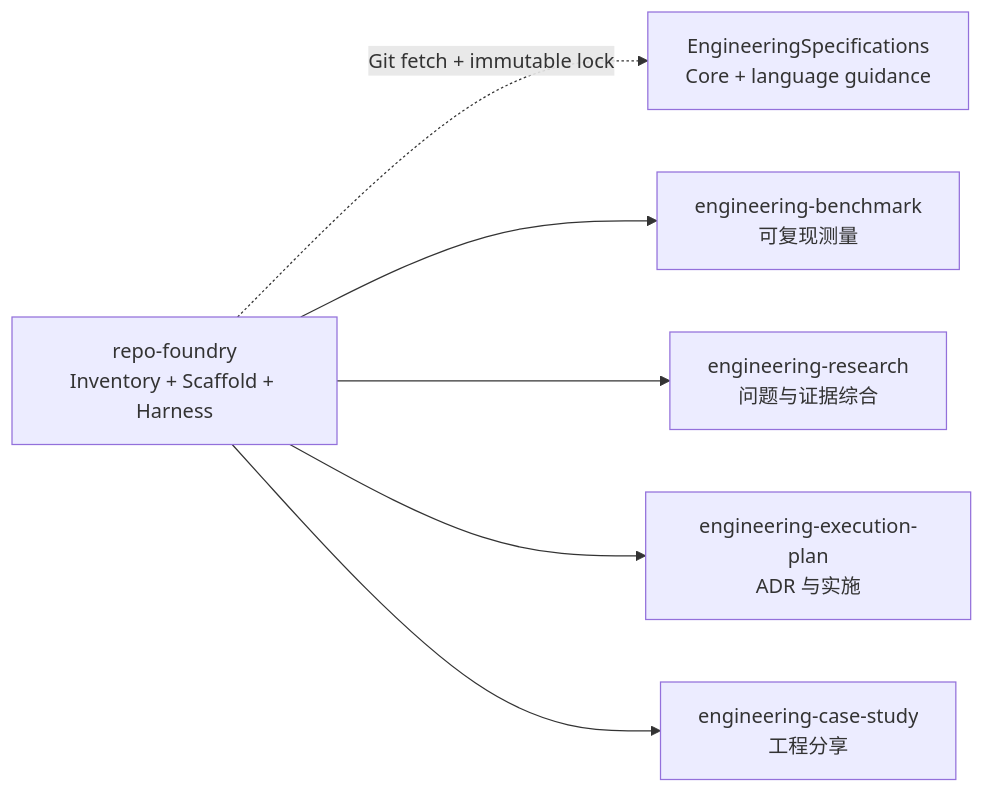
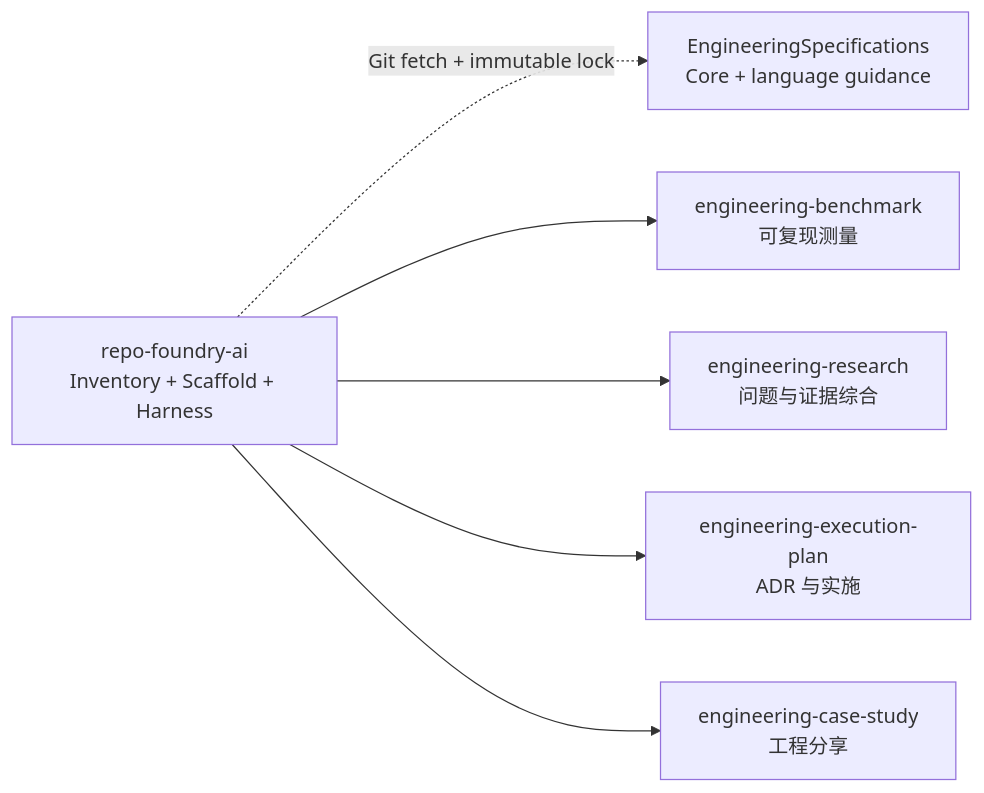
The diagram in SKILL.md (XiaoWeiKIN/RepoFoundryAI), drawn with Mermaid before and after one commit. The commit also changed other lines of this file and 18 other files, not shown here.

Commit message:
feat: align RepoFoundry AI skill name

````diff
--- a/SKILL.md
+++ b/SKILL.md
@@ -13,9 +13,9 @@
 ```mermaid
 flowchart LR
-    W["repo-foundry<br/>Inventory + Scaffold + Harness"]
+    W["repo-foundry-ai<br/>Inventory + Scaffold + Harness"]
     W -.->|"Git fetch + immutable lock"| S["EngineeringSpecifications<br/>Core + language guidance"]
     W --> B["engineering-benchmark<br/>可复现测量"]
     W --> R["engineering-research<br/>问题与证据综合"]
     W --> E["engineering-execution-plan<br/>ADR 与实施"]
     W --> C["engineering-case-study<br/>工程分享"]
 ```
````
